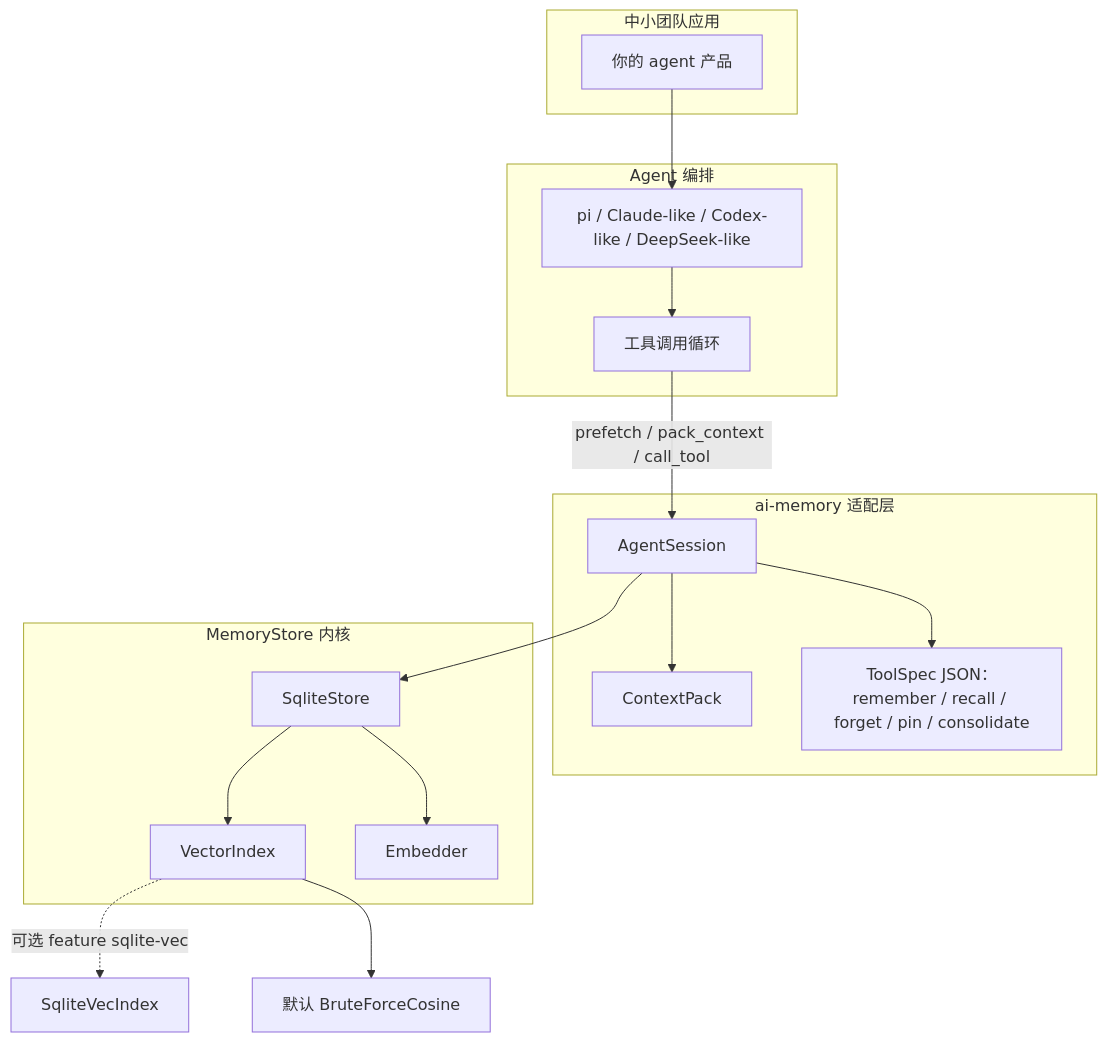
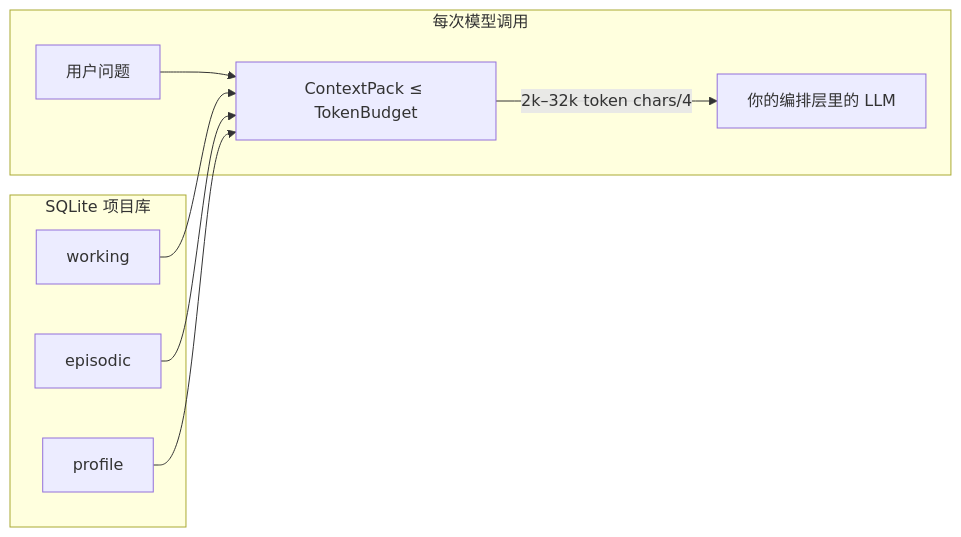
One commit to zzjzzb/ai-memory changed the first of 3 diagrams in docs/ARCHITECTURE.zh-CN.md. Above: the diagram before and after it, drawn with Mermaid. The commit also changed other lines of this file and 12 other files, not shown here.

````diff
--- a/docs/ARCHITECTURE.zh-CN.md
+++ b/docs/ARCHITECTURE.zh-CN.md
@@ -11,30 +23,18 @@
 ```mermaid
-flowchart TB
-    subgraph sme [中小团队应用]
-        App[你的 agent 产品]
+flowchart LR
+    subgraph disk [SQLite 项目库]
+        W[working]
+        E[episodic]
+        P[profile]
     end
-    subgraph harness [Agent 编排]
-        Pi[pi / Claude-like / Codex-like / DeepSeek-like]
-        Loop[工具调用循环]
-        Pi --> Loop
+    subgraph turn [每次模型调用]
+        Q[用户问题]
+        Pack["ContextPack ≤ TokenBudget"]
+        M[你的编排层里的 LLM]
     end
-    subgraph adapter [ai-memory 适配层]
-        Sess[AgentSession]
-        Pack[ContextPack]
-        Tools["ToolSpec JSON：remember / recall / forget / pin / consolidate"]
-        Sess --> Pack
-        Sess --> Tools
-    end
-    subgraph kernel [MemoryStore 内核]
-        Store[SqliteStore]
-        VecIdx[VectorIndex]
-        Emb[Embedder]
-        Store --> VecIdx
-        Store --> Emb
-    end
-    App --> Pi
-    Loop -->|"prefetch / pack_context / call_tool"| Sess
-    Sess --> Store
-    VecIdx -.->|可选 feature sqlite-vec| SqliteVec[SqliteVecIndex]
-    VecIdx --> BF[默认 BruteForceCosine]
+    Q --> Pack
+    W --> Pack
+    E --> Pack
+    P --> Pack
+    Pack -->|"2k–32k token chars/4"| M
 ```
````
